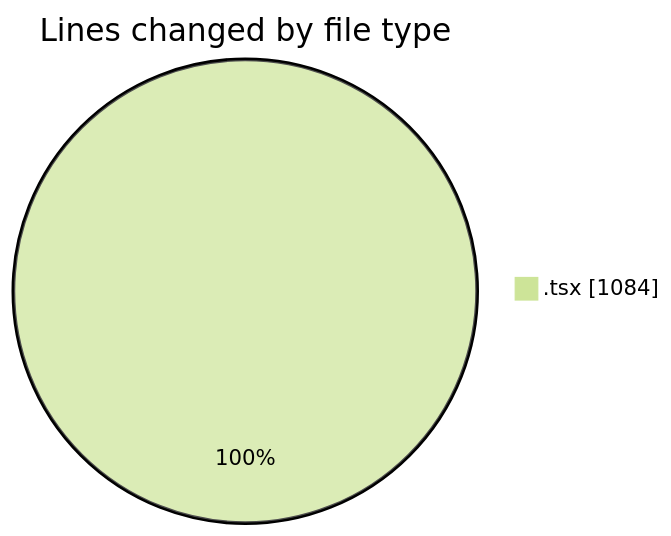
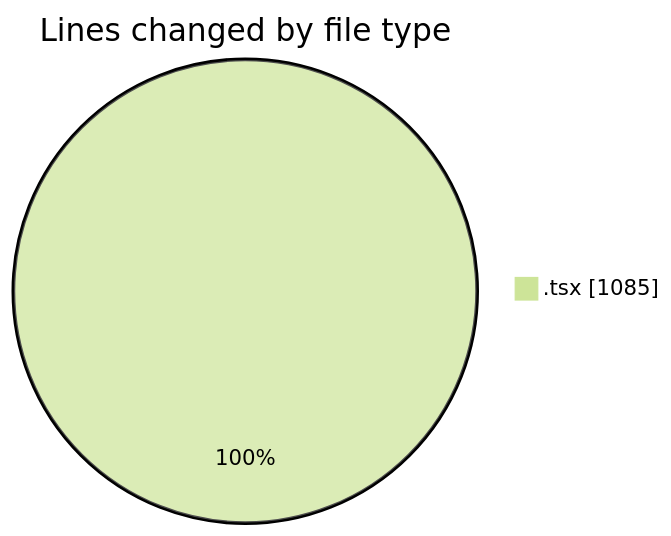
The first of 2 diagrams in 2025-05-28/kimberly-groups/README.md (JenPaints/code-tracking), drawn with Mermaid (forest theme) before and after one commit. The commit also changed other lines of this file and 1 other file, not shown here.

````diff
--- a/2025-05-28/kimberly-groups/README.md
+++ b/2025-05-28/kimberly-groups/README.md
@@ -27,5 +27,5 @@
 ```mermaid
 pie showData
 title Lines changed by file type
-".tsx" : 1084
+".tsx" : 1085
 ```
````
